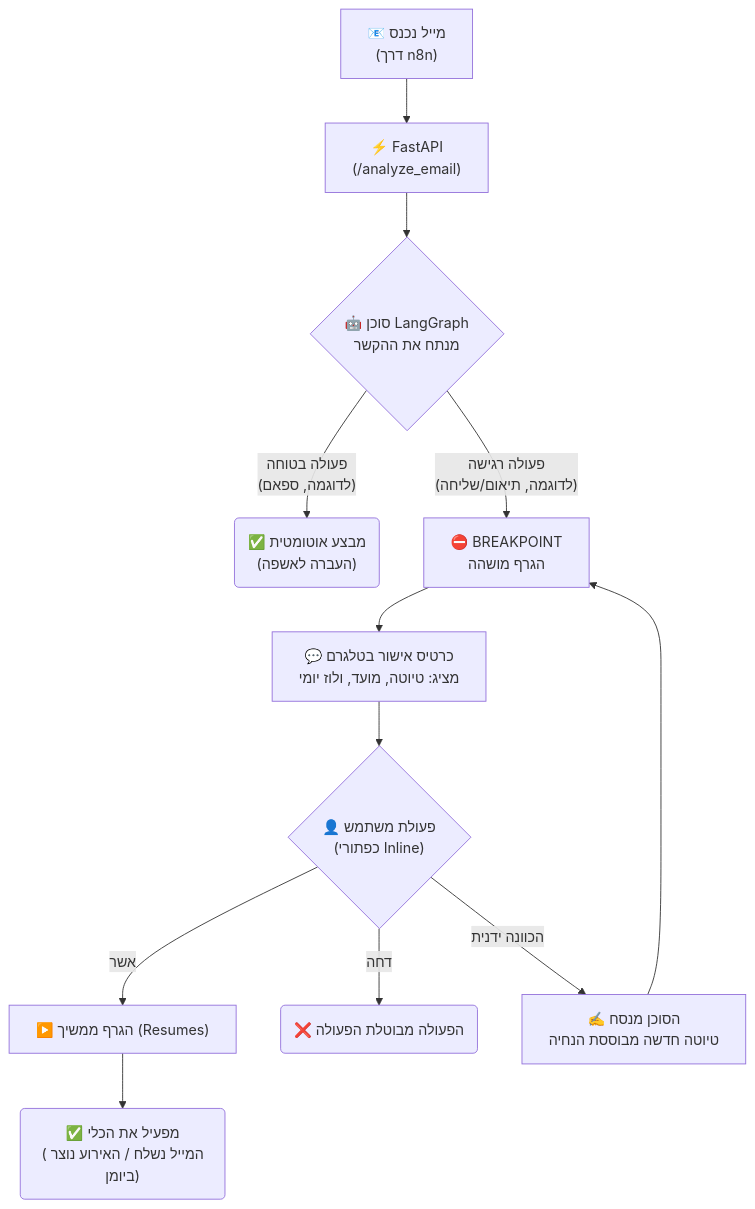
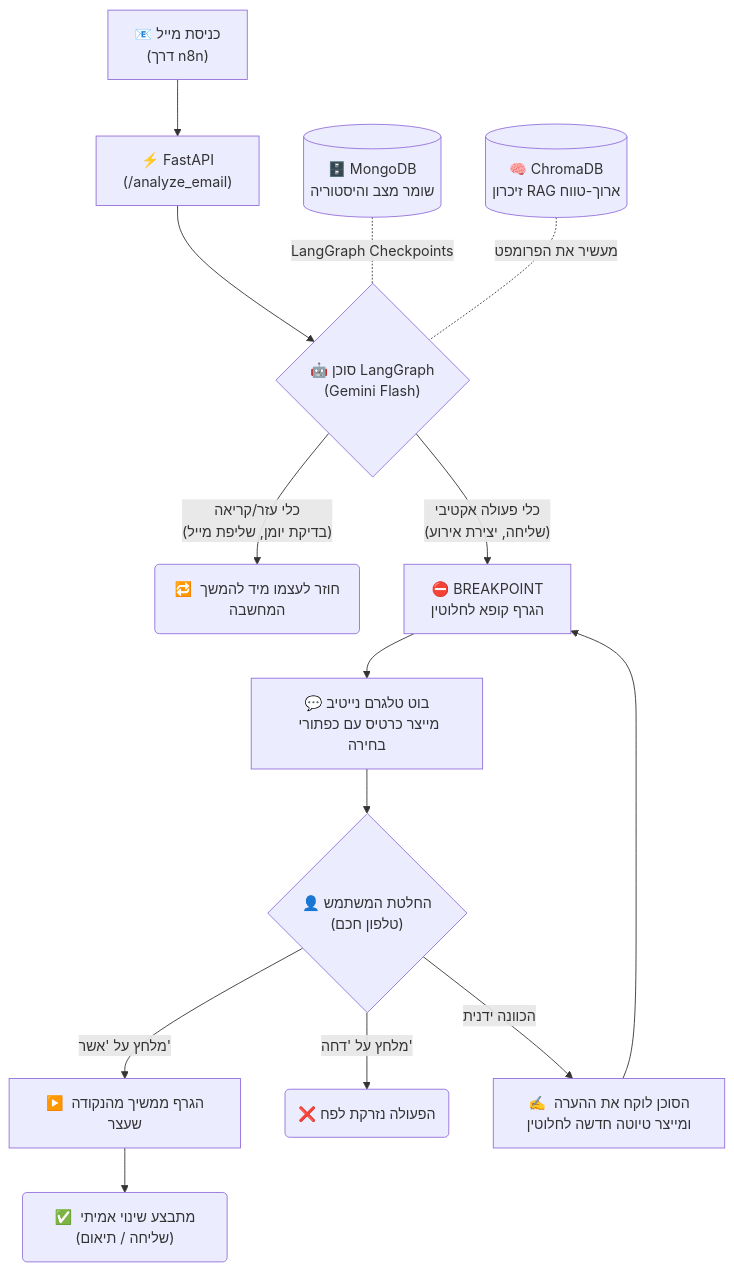
One commit to GolanLevi/myOS changed the diagram in README_HE.md. Above: the diagram before and after it, drawn with Mermaid. The commit also changed other lines of this file and 1 other file, not shown here.

Commit message:
docs: rewrite READMEs with passionate human tone and email journey scenarios

````diff
--- a/README_HE.md
+++ b/README_HE.md
@@ -71,20 +75,23 @@
 ```mermaid
 graph TD
-    A["📧 מייל נכנס\n(דרך n8n)"] --> B["⚡ FastAPI\n(/analyze_email)"]
-    B --> C{"🤖 סוכן LangGraph\nמנתח את ההקשר"}
+    A["📧 כניסת מייל\n(דרך n8n)"] --> B["⚡ FastAPI\n(/analyze_email)"]
+    B --> C{"🤖 סוכן LangGraph\n(Gemini Flash)"}
     
-    C -->|"פעולה בטוחה\n(לדוגמה, ספאם)"| D("✅ מבצע אוטומטית\n(העברה לאשפה)")
+    C -->|"כלי עזר/קריאה\n(בדיקת יומן, שליפת מייל)"| D("🔁 חוזר לעצמו מיד להמשך המחשבה")
     
-    C -->|"פעולה רגישה\n(לדוגמה, תיאום/שליחה)"| E["⛔ BREAKPOINT\nהגרף מושהה"]
+    C -->|"כלי פעולה אקטיבי\n(שליחה, יצירת אירוע)"| E["⛔ BREAKPOINT\nהגרף קופא לחלוטין"]
     
-    E --> F["💬 כרטיס אישור בטלגרם\nמציג: טיוטה, מועד, ולוז יומי"]
+    E --> F["💬 בוט טלגרם נייטיב\nמייצר כרטיס עם כפתורי בחירה"]
     
-    F --> G{"👤 פעולת משתמש\n(כפתורי Inline)"}
+    F --> G{"👤 החלטת המשתמש\n(טלפון חכם)"}
     
-    G -->|"אשר"| H["▶️ הגרף ממשיך (Resumes)"]
-    G -->|"דחה"| I("❌ הפעולה מבוטלת הפעולה")
-    G -->|"הכוונה ידנית"| J["✍️ הסוכן מנסח\nטיוטה חדשה מבוססת הנחיה"]
+    G -->|"מלחץ על 'אשר'"| H["▶️ הגרף ממשיך מהנקודה שעצר"]
+    G -->|"מלחץ על 'דחה'"| I("❌ הפעולה נזרקת לפח")
+    G -->|"הכוונה ידנית"| J["✍️ הסוכן לוקח את ההערה ומייצר טיוטה חדשה לחלוטין"]
     
-    H --> K("✅ מפעיל את הכלי\n(המייל נשלח / האירוע נוצר ביומן)")
+    H --> K("✅ מתבצע שינוי אמיתי (שליחה / תיאום)")
     J --> E
+    
+    M[("🗄️ MongoDB\nשומר מצב והיסטוריה")] -. "LangGraph Checkpoints" .- C
+    N[("🧠 ChromaDB\nזיכרון RAG ארוך-טווח")] -. "מעשיר את הפרומפט" .- C
 ```
````
